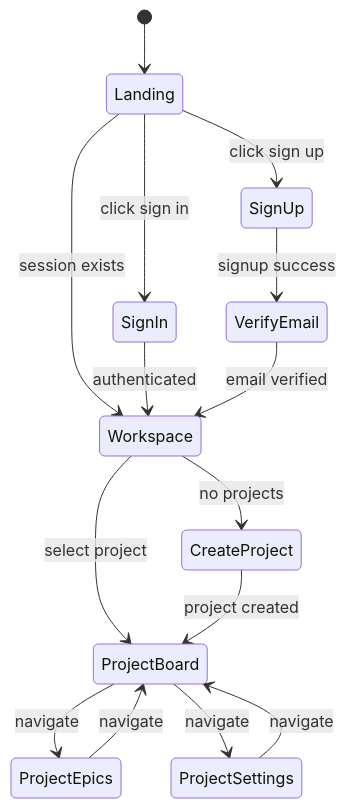
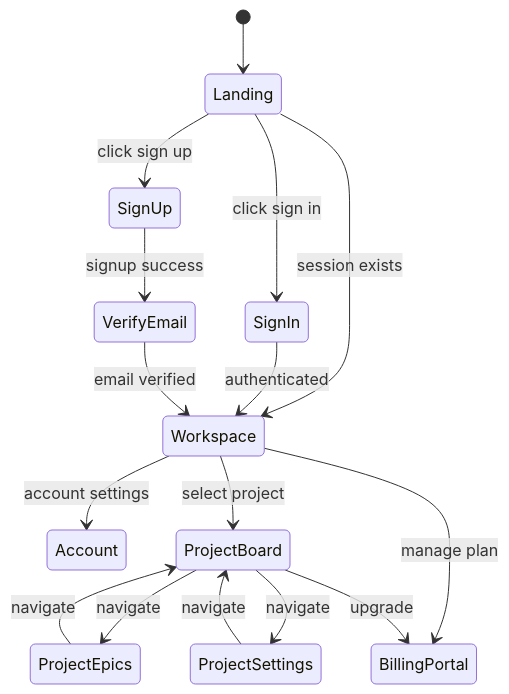
The second of 5 diagrams in .cursor/docs/flowchart.md (mc6ril/workbench), drawn with Mermaid before and after one commit. The commit also changed other lines of this file and 19 other files, not shown here.

````diff
--- a/.cursor/docs/flowchart.md
+++ b/.cursor/docs/flowchart.md
@@ -28,20 +40,21 @@
 ```mermaid
 stateDiagram-v2
    [*] --> Landing
    Landing --> SignIn: click sign in
    Landing --> SignUp: click sign up
    Landing --> Workspace: session exists
 
    SignIn --> Workspace: authenticated
    SignUp --> VerifyEmail: signup success
    VerifyEmail --> Workspace: email verified
 
-   Workspace --> CreateProject: no projects
+   Workspace --> Account: account settings
    Workspace --> ProjectBoard: select project
-   CreateProject --> ProjectBoard: project created
+   Workspace --> BillingPortal: manage plan
 
    ProjectBoard --> ProjectEpics: navigate
    ProjectBoard --> ProjectSettings: navigate
+   ProjectBoard --> BillingPortal: upgrade
    ProjectEpics --> ProjectBoard: navigate
    ProjectSettings --> ProjectBoard: navigate
 ```
````
